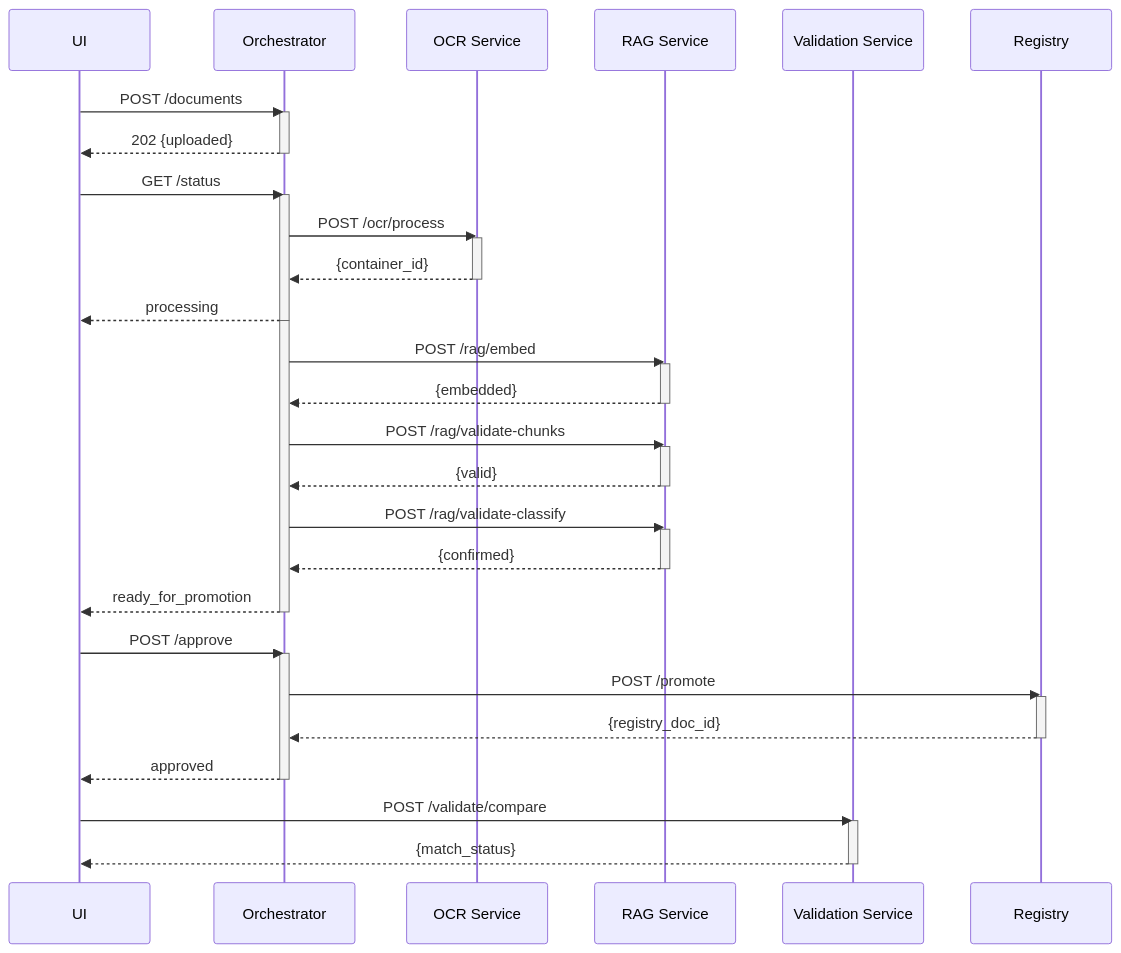
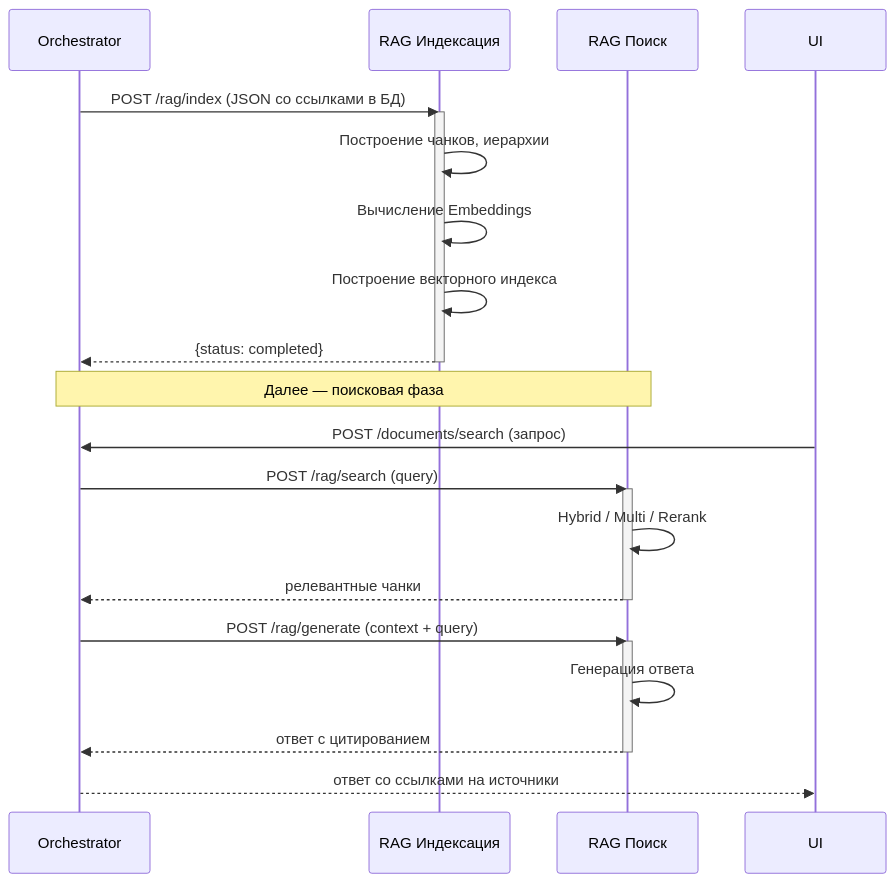
Before and after one commit to MasterKSAF/PKB: the second of 5 diagrams in docs/api/pipeline.md, drawn with Mermaid. The commit also changed other lines of this file and 8 other files, not shown here.

````diff
--- a/docs/api/pipeline.md
+++ b/docs/api/pipeline.md
@@ -80,55 +328,31 @@
 ```mermaid
 sequenceDiagram
-    participant UI as UI
     participant Orch as Orchestrator
-    participant OCR as OCR Service
-    participant RAG as RAG Service
-    participant Val as Validation Service
-    participant Reg as Registry
+    participant RAGi as RAG Индексация
+    participant RAGs as RAG Поиск
 
-    UI->>Orch: POST /documents
-    activate Orch
-    Orch-->>UI: 202 {uploaded}
-    deactivate Orch
+    Orch->>RAGi: POST /rag/index (JSON со ссылками в БД)
+    activate RAGi
+    RAGi->>RAGi: Построение чанков, иерархии
+    RAGi->>RAGi: Вычисление Embeddings
+    RAGi->>RAGi: Построение векторного индекса
+    RAGi-->>Orch: {status: completed}
+    deactivate RAGi
 
-    UI->>Orch: GET /status
-    activate Orch
-    Orch->>OCR: POST /ocr/process
-    activate OCR
-    OCR-->>Orch: {container_id}
-    deactivate OCR
-    Orch-->>UI: processing
-    deactivate Orch
+    Note over Orch,RAGs: Далее — поисковая фаза
 
-    activate Orch
-    Orch->>RAG: POST /rag/embed
-    activate RAG
-    RAG-->>Orch: {embedded}
-    deactivate RAG
+    UI->>Orch: POST /documents/search (запрос)
+    Orch->>RAGs: POST /rag/search (query)
+    activate RAGs
+    RAGs->>RAGs: Hybrid / Multi / Rerank
+    RAGs-->>Orch: релевантные чанки
+    deactivate RAGs
 
-    Orch->>RAG: POST /rag/validate-chunks
-    activate RAG
-    RAG-->>Orch: {valid}
-    deactivate RAG
+    Orch->>RAGs: POST /rag/generate (context + query)
+    activate RAGs
+    RAGs->>RAGs: Генерация ответа
+    RAGs-->>Orch: ответ с цитированием
+    deactivate RAGs
 
-    Orch->>RAG: POST /rag/validate-classify
-    activate RAG
-    RAG-->>Orch: {confirmed}
-    deactivate RAG
-    Orch-->>UI: ready_for_promotion
-    deactivate Orch
-
-    UI->>Orch: POST /approve
-    activate Orch
-    Orch->>Reg: POST /promote
-    activate Reg
-    Reg-->>Orch: {registry_doc_id}
-    deactivate Reg
-    Orch-->>UI: approved
-    deactivate Orch
-
-    UI->>Val: POST /validate/compare
-    activate Val
-    Val-->>UI: {match_status}
-    deactivate Val
+    Orch-->>UI: ответ со ссылками на источники
 ```
````
